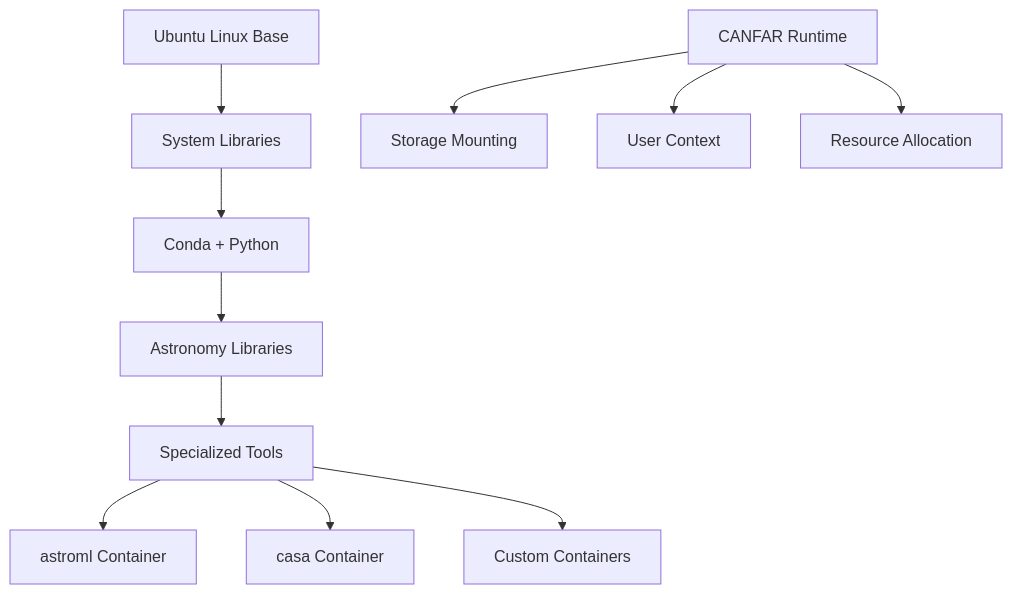
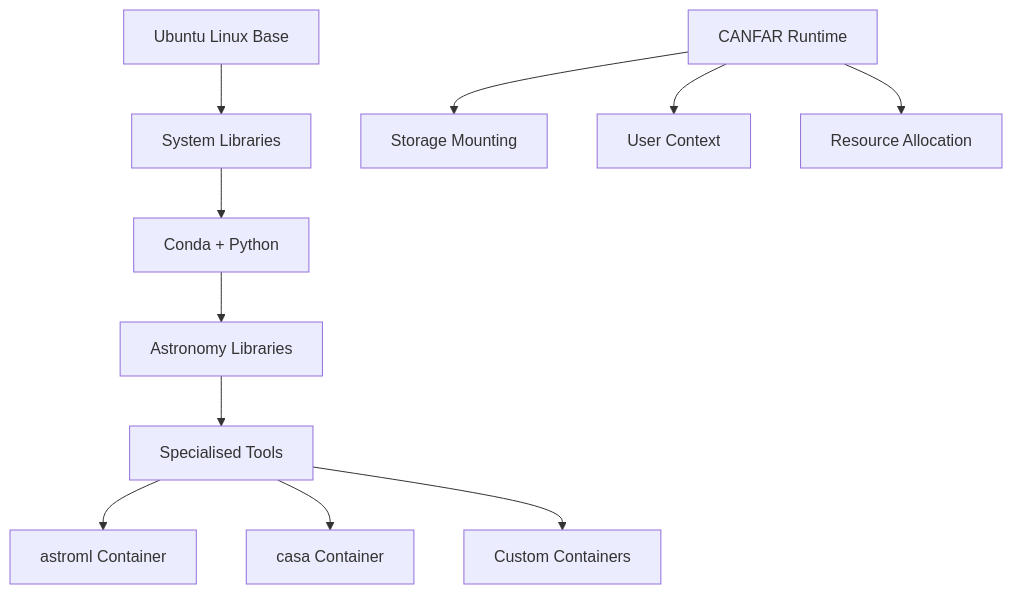
Before and after one commit to opencadc/canfar: the first of 3 diagrams in docs/platform/containers/index.md, drawn with Mermaid. The commit also changed other lines of this file and 32 other files, not shown here.

````diff
--- a/docs/platform/containers/index.md
+++ b/docs/platform/containers/index.md
@@ -49,15 +49,15 @@
 ```mermaid
 graph TB
     BaseOS[Ubuntu Linux Base] --> SystemLibs[System Libraries]
     SystemLibs --> CondaPython[Conda + Python]
     CondaPython --> AstroLibs[Astronomy Libraries]
-    AstroLibs --> SpecializedTools[Specialized Tools]
+    AstroLibs --> SpecialisedTools[Specialised Tools]
     
-    SpecializedTools --> Astroml[astroml Container]
-    SpecializedTools --> Casa[casa Container]
-    SpecializedTools --> Custom[Custom Containers]
+    SpecialisedTools --> Astroml[astroml Container]
+    SpecialisedTools --> Casa[casa Container]
+    SpecialisedTools --> Custom[Custom Containers]
     
     Runtime[CANFAR Runtime] --> Storage[Storage Mounting]
     Runtime --> UserContext[User Context]
     Runtime --> Resources[Resource Allocation]
 ```
````
